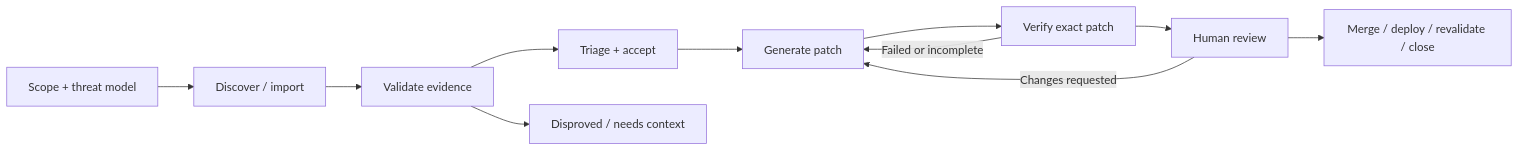
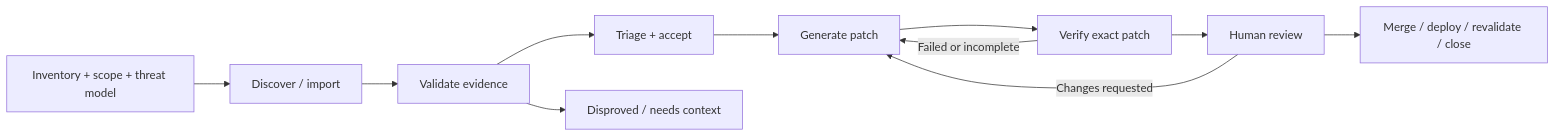
Before and after one commit to markusweldon/openfix: the diagram in docs/prep/diagrams/lifecycle.mmd, drawn with Mermaid. The commit also changed 21 other files, not shown here.

```diff
--- a/docs/prep/diagrams/lifecycle.mmd
+++ b/docs/prep/diagrams/lifecycle.mmd
@@ -1,11 +1,11 @@
 flowchart LR
-  S[Scope + threat model] --> D[Discover / import]
+  S[Inventory + scope + threat model] --> D[Discover / import]
   D --> V[Validate evidence]
   V --> T[Triage + accept]
   T --> P[Generate patch]
   P --> X[Verify exact patch]
   X --> H[Human review]
   H --> C[Merge / deploy / revalidate / close]
   V --> Q[Disproved / needs context]
   X -->|Failed or incomplete| P
   H -->|Changes requested| P
```
